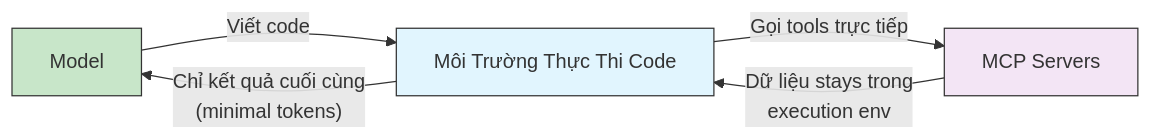
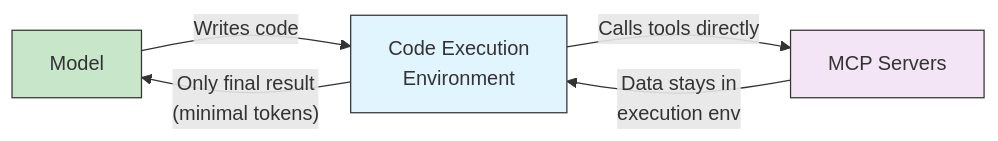
Before and after one commit to luongnv89/claude-howto: the seventh of 7 diagrams in vi/05-mcp/README.md, drawn with Mermaid. The commit also changed other lines of this file and 2 other files, not shown here.

Commit message:
docs(vi): sync 04-subagents and 05-mcp READMEs with English source

````diff
--- a/vi/05-mcp/README.md
+++ b/vi/05-mcp/README.md
@@ -850,11 +974,11 @@
 ```mermaid
 graph LR
-    A["Model"] -->|"Viết code"| B["Môi Trường Thực Thi Code"]
-    B -->|"Gọi tools trực tiếp"| C["MCP Servers"]
-    C -->|"Dữ liệu stays trong<br/>execution env"| B
-    B -->|"Chỉ kết quả cuối cùng<br/>(minimal tokens)"| A
+    A["Model"] -->|"Writes code"| B["Code Execution<br/>Environment"]
+    B -->|"Calls tools directly"| C["MCP Servers"]
+    C -->|"Data stays in<br/>execution env"| B
+    B -->|"Only final result<br/>(minimal tokens)"| A
 
     style A fill:#c8e6c9,stroke:#333,color:#333
     style B fill:#e1f5fe,stroke:#333,color:#333
     style C fill:#f3e5f5,stroke:#333,color:#333
 ```
````
